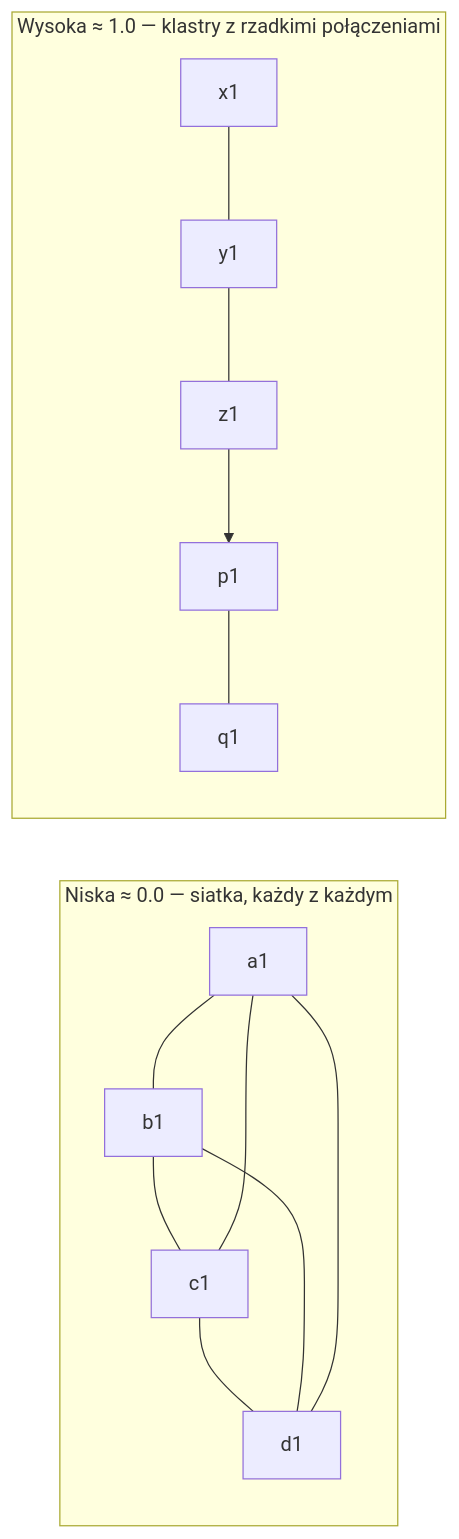
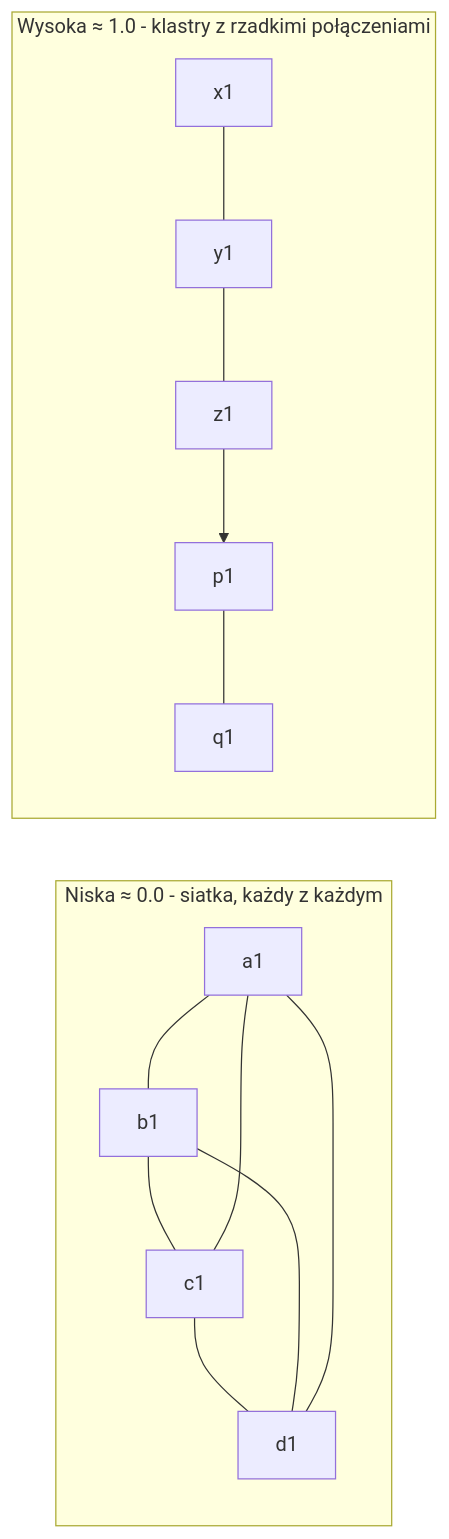
Before and after one commit to PiotrGry/qse-pkg: the eighth of 14 diagrams in artifacts/qse_podrecznik.md, drawn with Mermaid. The commit also changed other lines of this file and 46 other files, not shown here.

````diff
--- a/artifacts/qse_podrecznik.md
+++ b/artifacts/qse_podrecznik.md
@@ -1147,13 +1147,13 @@
 ```mermaid
 graph LR
-    subgraph low["Niska ≈ 0.0 — siatka, każdy z każdym"]
+    subgraph low["Niska ≈ 0.0 - siatka, każdy z każdym"]
         a1---b1---c1---d1---a1
         b1---d1
         a1---c1
     end
-    subgraph high["Wysoka ≈ 1.0 — klastry z rzadkimi połączeniami"]
+    subgraph high["Wysoka ≈ 1.0 - klastry z rzadkimi połączeniami"]
         x1---y1---z1
         p1---q1
         z1-->p1
     end
 ```
````
